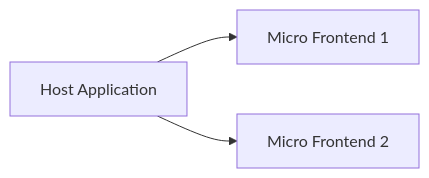
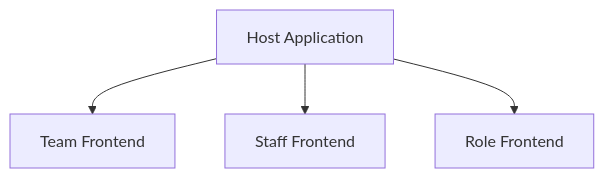
The diagram in _posts/2024-12-20-MicroFrontend.md (pravinchandankhede/pravinchandankhede.github.io), drawn with Mermaid before and after one commit. The commit also changed other lines of this file, not shown here.

Commit message:
updated diagram

````diff
--- a/_posts/2024-12-20-MicroFrontend.md
+++ b/_posts/2024-12-20-MicroFrontend.md
@@ -19,5 +19,6 @@
 ```mermaid
-  flowchart LR
-    A[Host Application] --> B[Micro Frontend 1]
-    A --> C[Micro Frontend 2]
+  flowchart TB
+    A[Host Application] --> B[Team Frontend]
+    A --> C[Staff Frontend]
+    A --> D[Role Frontend]
 ```
````
